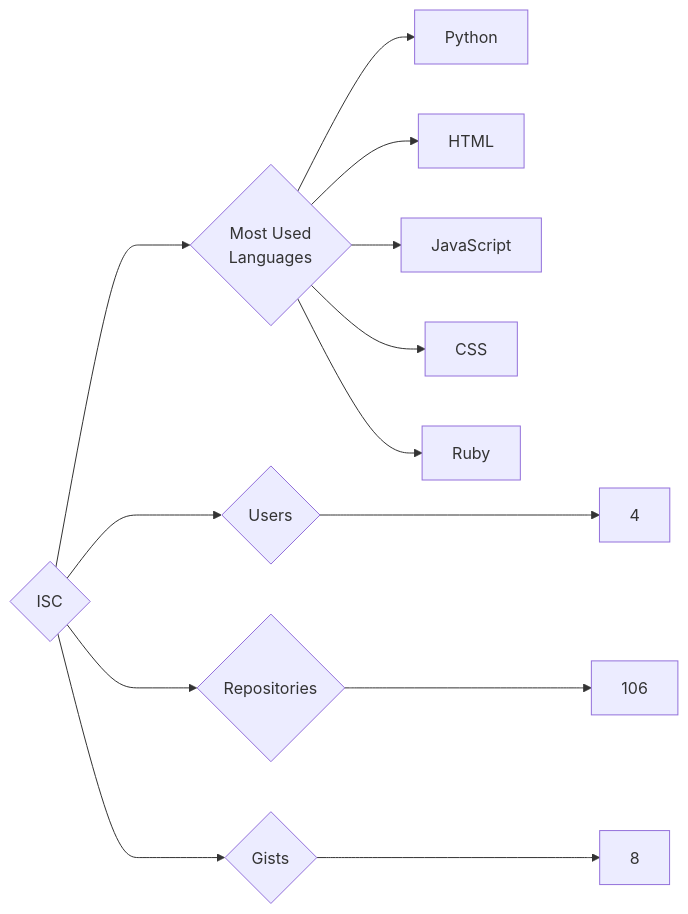
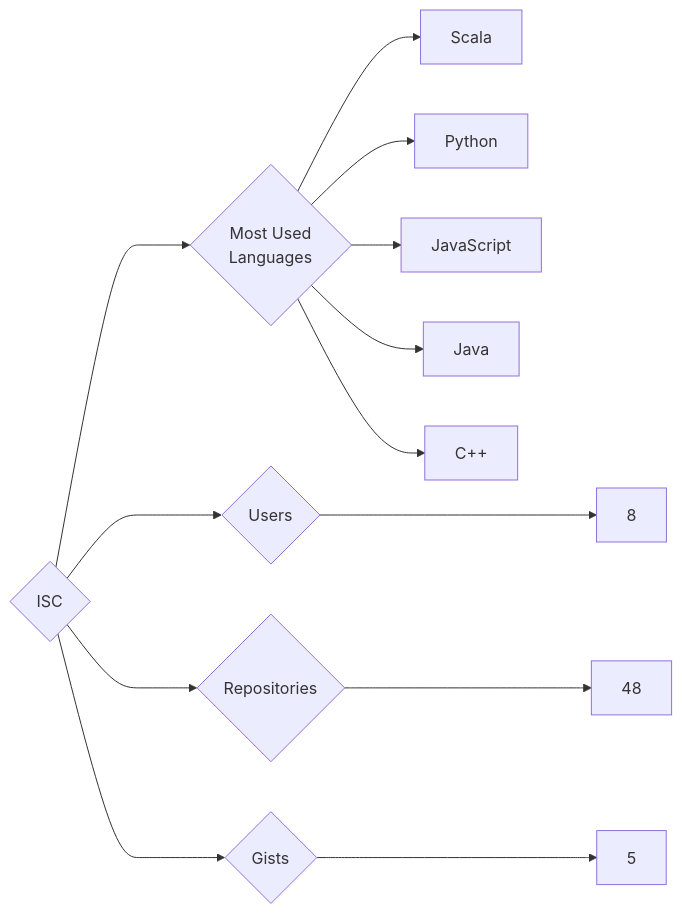
Before and after one commit to trickest/insiders: the diagram in targets/ISC/README.md, drawn with Mermaid. The commit also changed 951 other files, not shown here.

````diff
--- a/targets/ISC/README.md
+++ b/targets/ISC/README.md
@@ -3,13 +3,13 @@
 ```mermaid
 graph LR
 COMPANY_NAME{ISC}
-COMPANY_NAME ---> U{Users} ---> UN[4]
-COMPANY_NAME ---> R{Repositories} ---> RN[106]
-COMPANY_NAME ---> G{Gists} ---> GN[8]
+COMPANY_NAME ---> U{Users} ---> UN[8]
+COMPANY_NAME ---> R{Repositories} ---> RN[48]
+COMPANY_NAME ---> G{Gists} ---> GN[5]
 COMPANY_NAME ---> ML{Most Used<br>Languages}
+ML --> Scala[Scala]
 ML --> Python[Python]
-ML --> HTML[HTML]
 ML --> JavaScript[JavaScript]
-ML --> CSS[CSS]
-ML --> Ruby[Ruby]
+ML --> Java[Java]
+ML --> C++[C++]
 ```
````
